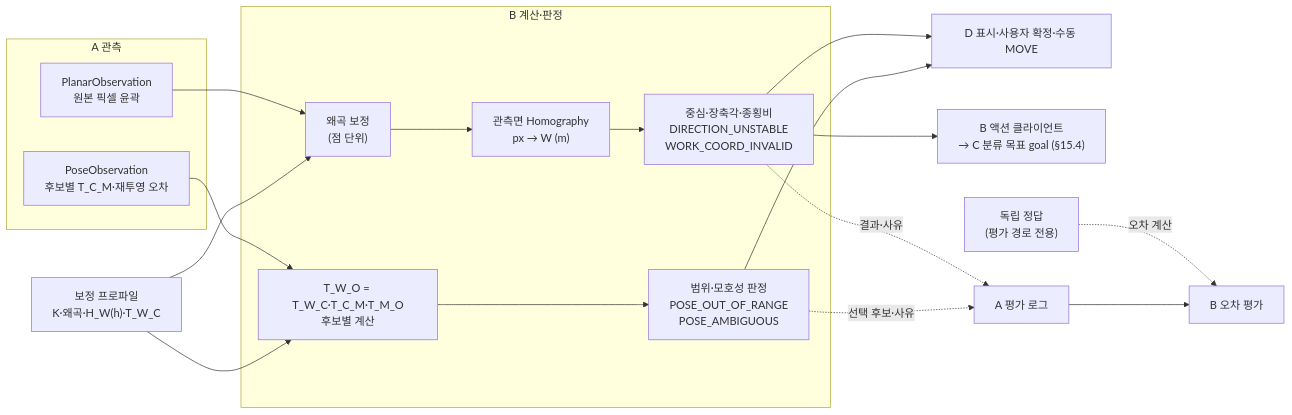
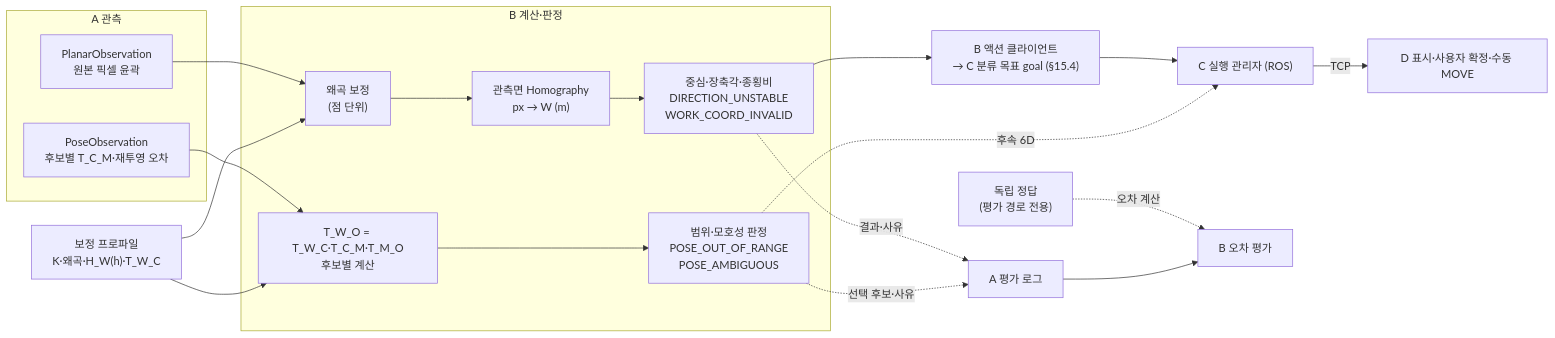
One commit to didgustmd23/EyetoArm changed the first of 2 diagrams in docs/design/B담당_보정_좌표_상세설계.md. Above: the diagram before and after it, drawn with Mermaid. The commit also changed other lines of this file, not shown here.

````diff
--- a/docs/design/B담당_보정_좌표_상세설계.md
+++ b/docs/design/B담당_보정_좌표_상세설계.md
@@ -54,26 +56,27 @@
 ```mermaid
 flowchart LR
     subgraph A["A 관측"]
         PO["PlanarObservation<br/>원본 픽셀 윤곽"]
         QO["PoseObservation<br/>후보별 T_C_M·재투영 오차"]
     end
     Prof["보정 프로파일<br/>K·왜곡·H_W(h)·T_W_C"]
     subgraph B["B 계산·판정"]
         U["왜곡 보정<br/>(점 단위)"]
         H["관측면 Homography<br/>px → W (m)"]
         G["중심·장축각·종횡비<br/>DIRECTION_UNSTABLE<br/>WORK_COORD_INVALID"]
         T["T_W_O = T_W_C·T_C_M·T_M_O<br/>후보별 계산"]
         J["범위·모호성 판정<br/>POSE_OUT_OF_RANGE<br/>POSE_AMBIGUOUS"]
     end
     PO --> U --> H --> G
     QO --> T --> J
     Prof --> U
     Prof --> T
-    G --> D["D 표시·사용자 확정·수동 MOVE"]
     G --> AC["B 액션 클라이언트<br/>→ C 분류 목표 goal (§15.4)"]
-    J --> D
+    AC --> Cx["C 실행 관리자 (ROS)"]
+    Cx -- TCP --> D["D 표시·사용자 확정·수동 MOVE"]
+    J -. 후속 6D .-> Cx
     G -. 결과·사유 .-> Log["A 평가 로그"]
     J -. 선택 후보·사유 .-> Log
     GT["독립 정답<br/>(평가 경로 전용)"] -. 오차 계산 .-> Eval["B 오차 평가"]
     Log --> Eval
 ```
````
